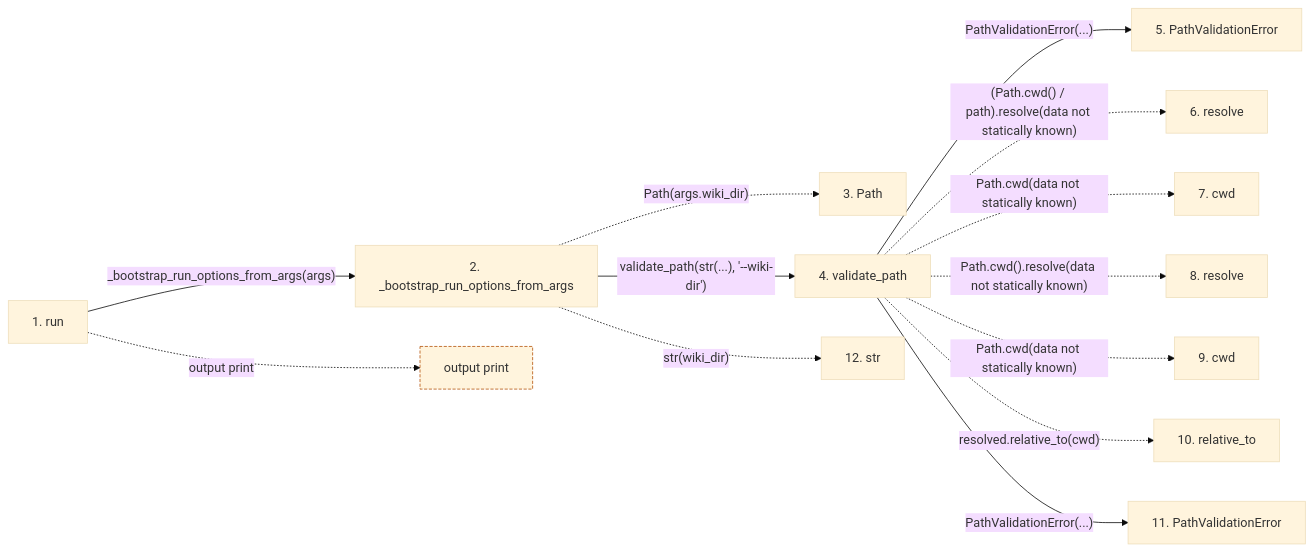
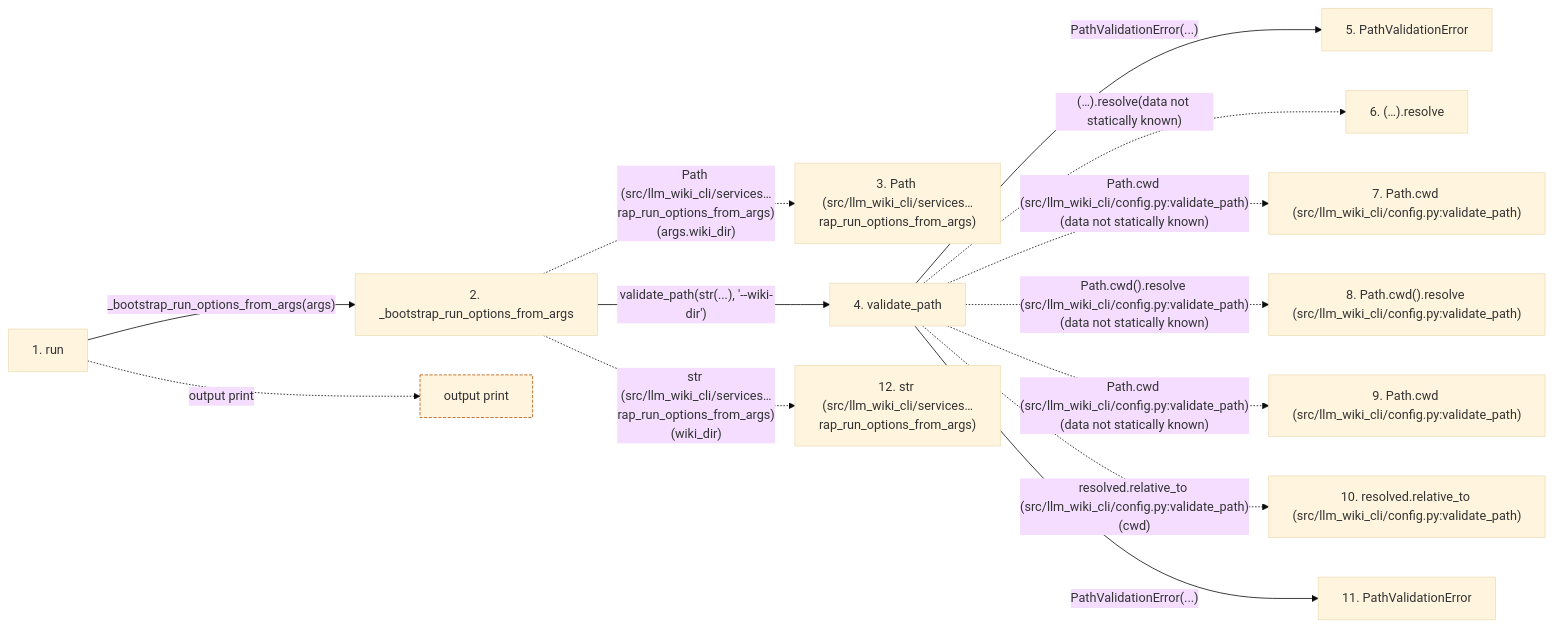
One commit to Denissvgn/python-wiki-llm changed the second of 2 diagrams in docs/llm_wiki/flows/cli-bootstrap.md. Above: the diagram before and after it, drawn with Mermaid (base theme). The commit also changed other lines of this file and 719 other files, not shown here.

````diff
--- a/docs/llm_wiki/flows/cli-bootstrap.md
+++ b/docs/llm_wiki/flows/cli-bootstrap.md
@@ -117,35 +125,35 @@
 ```mermaid
 flowchart LR
     s1["1. run"]
     s2["2. _bootstrap_run_options_from_args"]
-    s3["3. Path"]
+    s3["3. Path (src/llm_wiki_cli/services…rap_run_options_from_args)"]
     s4["4. validate_path"]
     s5["5. PathValidationError"]
-    s6["6. resolve"]
-    s7["7. cwd"]
-    s8["8. resolve"]
-    s9["9. cwd"]
-    s10["10. relative_to"]
+    s6["6. (…).resolve"]
+    s7["7. Path.cwd (src/llm_wiki_cli/config.py:validate_path)"]
+    s8["8. Path.cwd().resolve (src/llm_wiki_cli/config.py:validate_path)"]
+    s9["9. Path.cwd (src/llm_wiki_cli/config.py:validate_path)"]
+    s10["10. resolved.relative_to (src/llm_wiki_cli/config.py:validate_path)"]
     s11["11. PathValidationError"]
-    s12["12. str"]
+    s12["12. str (src/llm_wiki_cli/services…rap_run_options_from_args)"]
     s1 -->|"_bootstrap_run_options_from_args(args)"| s2
-    s2 -. "Path(args.wiki_dir)" .-> s3
+    s2 -. "Path (src/llm_wiki_cli/services…rap_run_options_from_args)(args.wiki_dir)" .-> s3
     s2 -->|"validate_path(str(...), '--wiki-dir')"| s4
     s4 -->|"PathValidationError(...)"| s5
-    s4 -. "(Path.cwd() / path).resolve(data not statically known)" .-> s6
-    s4 -. "Path.cwd(data not statically known)" .-> s7
-    s4 -. "Path.cwd().resolve(data not statically known)" .-> s8
-    s4 -. "Path.cwd(data not statically known)" .-> s9
-    s4 -. "resolved.relative_to(cwd)" .-> s10
+    s4 -. "(…).resolve(data not statically known)" .-> s6
+    s4 -. "Path.cwd (src/llm_wiki_cli/config.py:validate_path)(data not statically known)" .-> s7
+    s4 -. "Path.cwd().resolve (src/llm_wiki_cli/config.py:validate_path)(data not statically known)" .-> s8
+    s4 -. "Path.cwd (src/llm_wiki_cli/config.py:validate_path)(data not statically known)" .-> s9
+    s4 -. "resolved.relative_to (src/llm_wiki_cli/config.py:validate_path)(cwd)" .-> s10
     s4 -->|"PathValidationError(...)"| s11
-    s2 -. "str(wiki_dir)" .-> s12
+    s2 -. "str (src/llm_wiki_cli/services…rap_run_options_from_args)(wiki_dir)" .-> s12
     b0["output print"]
     s1 -. "output print" .-> b0
     click s1 "../modules/bootstrap_runtime.md"
     click s2 "../modules/bootstrap_runtime.md"
     click s4 "../modules/config.md"
     click s5 "../modules/config.md"
     click s11 "../modules/config.md"
     classDef boundary stroke:#b45309,stroke-dasharray: 4 2
     class b0 boundary
 ```
````
